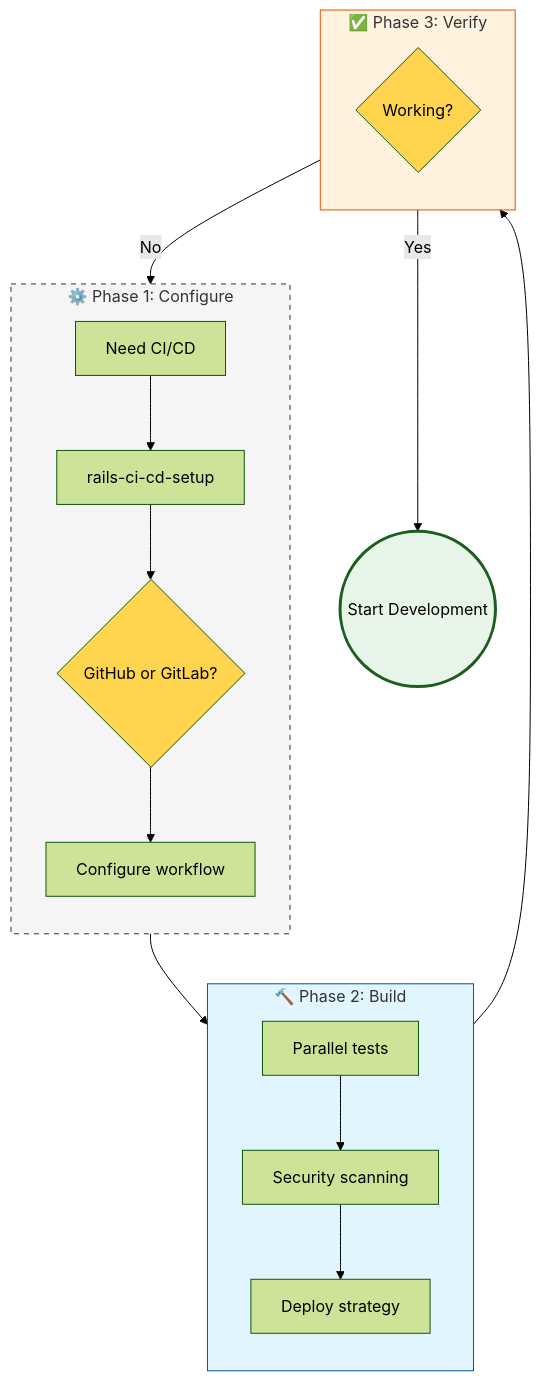
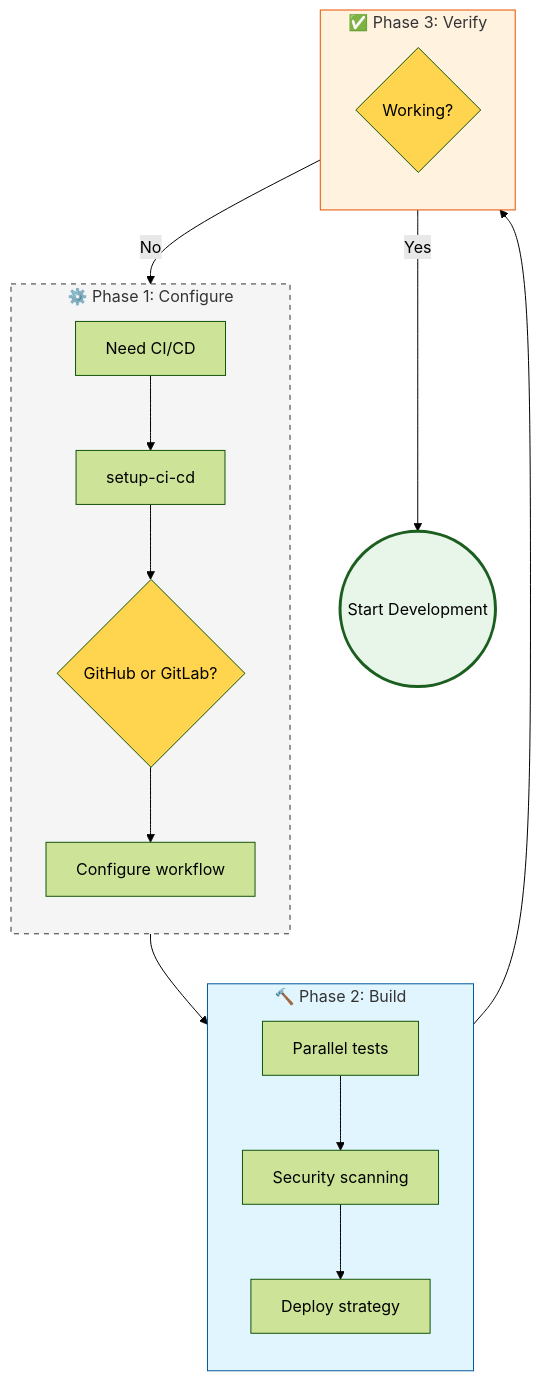
Before and after one commit to igmarin/my-RoR-personal-skills: the diagram in docs/workflows/setup.md, drawn with Mermaid (forest theme). The commit also changed other lines of this file and 295 other files, not shown here.

First line of the commit message:
Refactor names flows (#57)

````diff
--- a/docs/workflows/setup.md
+++ b/docs/workflows/setup.md
@@ -11,32 +11,32 @@
 ```mermaid
 graph TB
     subgraph Configure [⚙️ Phase 1: Configure]
         direction TB
-        A[Need CI/CD] --> B[rails-ci-cd-setup]
+        A[Need CI/CD] --> B[setup-ci-cd]
         B --> C{GitHub or GitLab?}
         C --> D[Configure workflow]
     end
 
     subgraph Build [🔨 Phase 2: Build]
         direction TB
         D --> E[Parallel tests]
         E --> F[Security scanning]
         F --> G[Deploy strategy]
     end
 
     subgraph Verify [✅ Phase 3: Verify]
         direction TB
         G --> H{Working?}
         H -- No --> D
     end
 
     H -- Yes --> I((Start Development))
 
     %% Styling
     style Configure fill:#f5f5f5,stroke:#333,stroke-dasharray: 5 5
     style Build fill:#e1f5fe,stroke:#01579b
     style Verify fill:#fff3e0,stroke:#e65100
     style C fill:#ffd54f
     style H fill:#ffd54f
     style I fill:#e8f5e9,stroke:#1b5e20,stroke-width:3px
 ```
````
